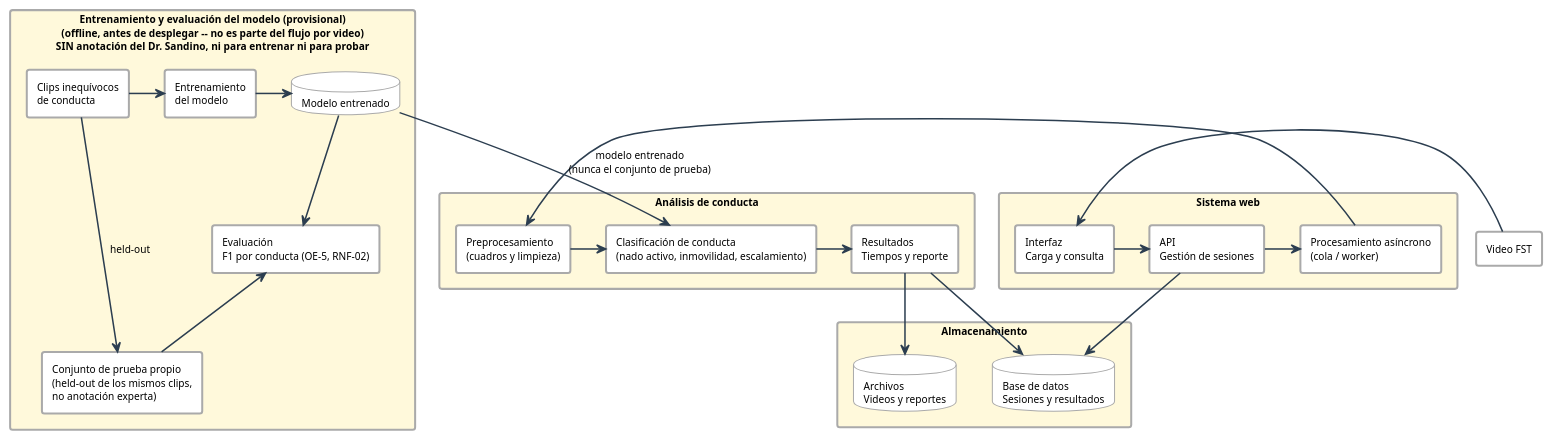
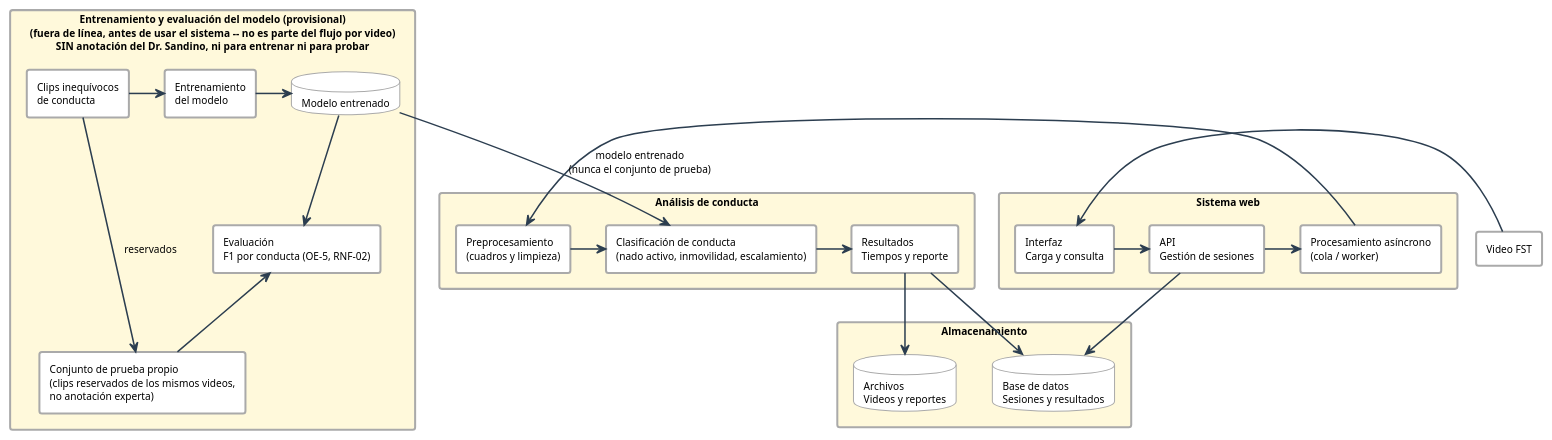
The diagram in diagramas/flujo_general.puml (ErickJester/fst-ai-system-latex), drawn with PlantUML before and after one commit. The commit also changed 12 other files, not shown here.

```diff
--- a/diagramas/flujo_general.puml
+++ b/diagramas/flujo_general.puml
@@ -1,113 +1,113 @@
 @startuml flujo_general
 ' ================================================================
 '  Flujo general del sistema
 '  Base de datos FST | TT 2026-B066 | ESCOM-IPN
 '  Frausto Robles Angel Ali . Rodriguez Verdin Sandoval Vanesa
 ' ----------------------------------------------------------------
 '  Reemplaza a docs/diagramas.pdf pagina 2 / figures/mermaid/arquitectura.png
 '  (no habia .puml/.mmd fuente, solo la imagen renderizada).
 '
 '  Que corrige, con fuente:
 '  El bloque viejo "Referencia y validacion" encadenaba: Anotacion
 '  experta (conjunto de prueba) -> Dataset de referencia ->
 '  Entrenamiento del modelo -> Modelo entrenado. Eso alimenta el
 '  entrenamiento con la anotacion experta que se guardo como
 '  "conjunto de prueba" -- exactamente lo contrario de la estrategia
 '  ya acordada por el equipo: el clasificador se entrena con CLIPS
 '  INEQUIVOCOS de conducta, y los reportes BORIS (anotacion experta)
 '  se usan SOLO COMO PRUEBA, nunca para entrenar -- para no
 '  sobreajustar a los patrones de un solo anotador. Ademas, ese
 '  "Dataset de referencia" alimentando el entrenamiento es la misma
 '  figura de "gold standard" que CLAUDE.md marca como eliminada
 '  (prohibicion vigente, 2026-04-30, provisional).
 '
 '  Primera corrección (insuficiente): separar clips -> entrenamiento
 '  de BORIS -> conjunto de prueba -> evaluación seguía sin resolver
 '  el problema de fondo -- BORIS es la anotación manual del Dr.
 '  Sandino, y compararse contra ella para sacar F1 ES un gold
 '  standard con otro nombre, aunque ya no se llame así.
 '
 '  Corrección real: la prohibición vigente de CLAUDE.md dice que el
 '  clasificador se entrena "sin usar las anotaciones manuales del
 '  Dr. Sandino" y que F1 se mide sobre un "conjunto de prueba
 '  PROPIO" -- ni siquiera la prueba usa BORIS. Por eso este diagrama
 '  ya NO tiene ningún bloque de "Reportes BORIS" ni "anotación
 '  experta": tanto el entrenamiento como la prueba salen de los
 '  mismos clips inequívocos (un recorte held-out de esos clips sirve
 '  de conjunto de prueba propio). Únicamente el modelo entrenado
 '  (nunca el conjunto de prueba) alimenta el análisis de conducta en
 '  vivo.
 '
 '  Sigue marcado "provisional" porque la pregunta abierta de
 '  CLAUDE.md ("¿es académicamente aceptable presentar TT-II con solo
 '  F1 sobre conjunto de prueba propio?") no está confirmada con el
 '  Dr. Sandino todavía.
 '
 '  El resto del diagrama (Sistema web, Analisis de conducta,
 '  Almacenamiento) no cambia de fondo respecto del viejo.
 '
 '  Generar:
 '      java -jar plantuml.jar -tpng diagramas/flujo_general.puml
 ' ================================================================
 
 !theme plain
 skinparam defaultFontName Arial
 skinparam defaultFontSize 10
 skinparam shadowing false
 skinparam BackgroundColor White
 skinparam ArrowColor      #2C3E50
 skinparam ArrowThickness  1.5
 skinparam RectangleBorderColor #AAAAAA
 skinparam RectangleBorderThickness 2
 skinparam DatabaseBorderColor  #AAAAAA
 skinparam FolderBorderColor    #AAAAAA
 
 top to bottom direction
 
 rectangle "Video FST" as VID #FFFFFF
 
-rectangle "Entrenamiento y evaluación del modelo (provisional)\n(offline, antes de desplegar -- no es parte del flujo por video)\nSIN anotación del Dr. Sandino, ni para entrenar ni para probar" as REF #FFF9DB {
+rectangle "Entrenamiento y evaluación del modelo (provisional)\n(fuera de línea, antes de usar el sistema -- no es parte del flujo por video)\nSIN anotación del Dr. Sandino, ni para entrenar ni para probar" as REF #FFF9DB {
   rectangle "Clips inequívocos\nde conducta" as CLIPS
   rectangle "Entrenamiento\ndel modelo" as ENT
   database "Modelo entrenado" as MOD
-  rectangle "Conjunto de prueba propio\n(held-out de los mismos clips,\nno anotación experta)" as TEST
+  rectangle "Conjunto de prueba propio\n(clips reservados de los mismos videos,\nno anotación experta)" as TEST
   rectangle "Evaluación\nF1 por conducta (OE-5, RNF-02)" as EVAL
 
   CLIPS -right-> ENT
-  CLIPS -down-> TEST : "held-out"
+  CLIPS -down-> TEST : "reservados"
   ENT -right-> MOD
   MOD -down-> EVAL
   TEST -up-> EVAL
 }
 
 rectangle "Sistema web" as WEBBOX #FFF9DB {
   rectangle "Interfaz\nCarga y consulta" as IFZ
   rectangle "API\nGestión de sesiones" as API
   rectangle "Procesamiento asíncrono\n(cola / worker)" as ASYNC
 
   IFZ -right-> API
   API -right-> ASYNC
 }
 
 rectangle "Análisis de conducta" as CONDUCTA #FFF9DB {
   rectangle "Preprocesamiento\n(cuadros y limpieza)" as PRE
   rectangle "Clasificación de conducta\n(nado activo, inmovilidad, escalamiento)" as CLASIF
   rectangle "Resultados\nTiempos y reporte" as RES
 
   PRE -right-> CLASIF
   CLASIF -right-> RES
 }
 
 rectangle "Almacenamiento" as ALM #FFF9DB {
   database "Archivos\nVideos y reportes" as ARCH
   database "Base de datos\nSesiones y resultados" as BD
 }
 
 VID -right-> IFZ
 ASYNC -right-> PRE
 MOD -down-> CLASIF : "modelo entrenado\n(nunca el conjunto de prueba)"
 API -down-> BD
 RES -right-> ARCH
 RES -down-> BD
 
 @enduml
```
